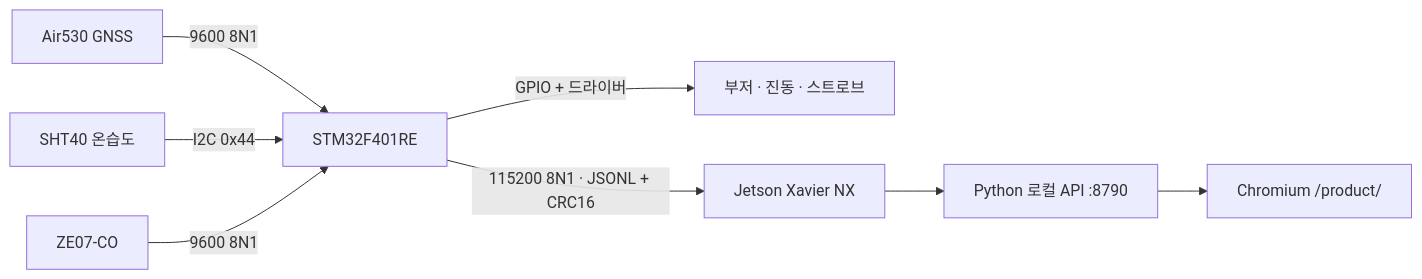
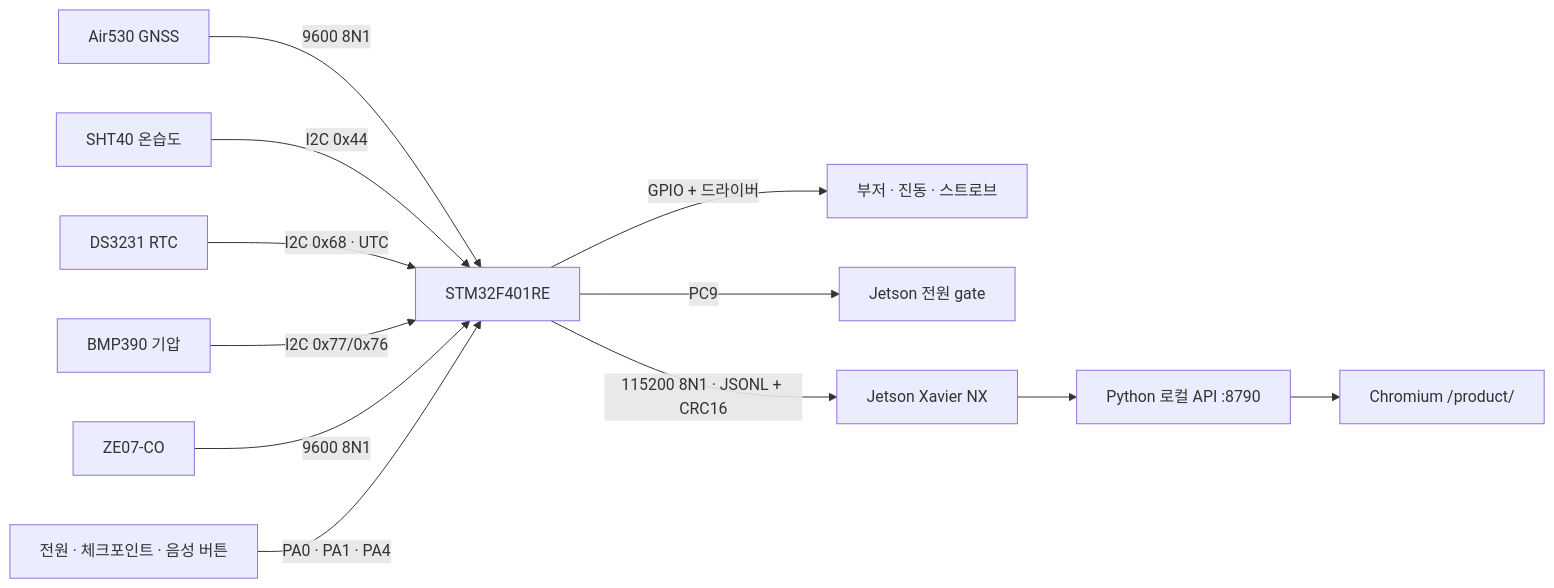
One commit to 2026-ESW-OGTECH/OGTECH-frontend changed the diagram in MAP/STM32_JETSON_SETUP.md. Above: the diagram before and after it, drawn with Mermaid. The commit also changed other lines of this file and 38 other files, not shown here.

````diff
--- a/MAP/STM32_JETSON_SETUP.md
+++ b/MAP/STM32_JETSON_SETUP.md
@@ -9,10 +9,14 @@
 ```mermaid
 flowchart LR
   GPS["Air530 GNSS"] -->|"9600 8N1"| STM["STM32F401RE"]
   SHT["SHT40 온습도"] -->|"I2C 0x44"| STM
+  RTC["DS3231 RTC"] -->|"I2C 0x68 · UTC"| STM
+  BMP["BMP390 기압"] -->|"I2C 0x77/0x76"| STM
   CO["ZE07-CO"] -->|"9600 8N1"| STM
+  BUTTONS["전원 · 체크포인트 · 음성 버튼"] -->|"PA0 · PA1 · PA4"| STM
   STM -->|"GPIO + 드라이버"| ALARM["부저 · 진동 · 스트로브"]
+  STM -->|"PC9"| GATE["Jetson 전원 gate"]
   STM -->|"115200 8N1 · JSONL + CRC16"| JETSON["Jetson Xavier NX"]
   JETSON --> API["Python 로컬 API :8790"]
   API --> UI["Chromium /product/"]
 ```
````
